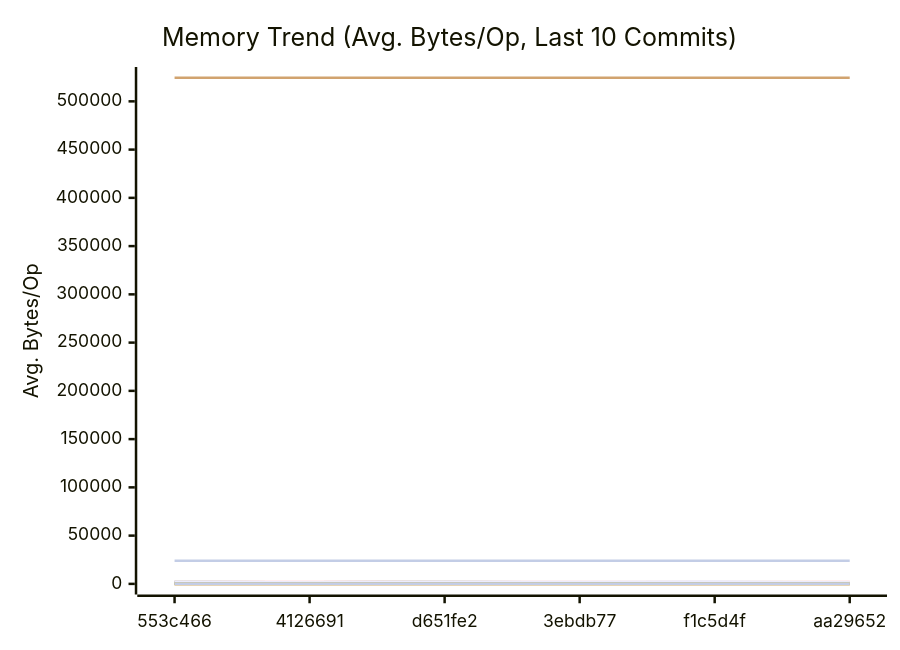
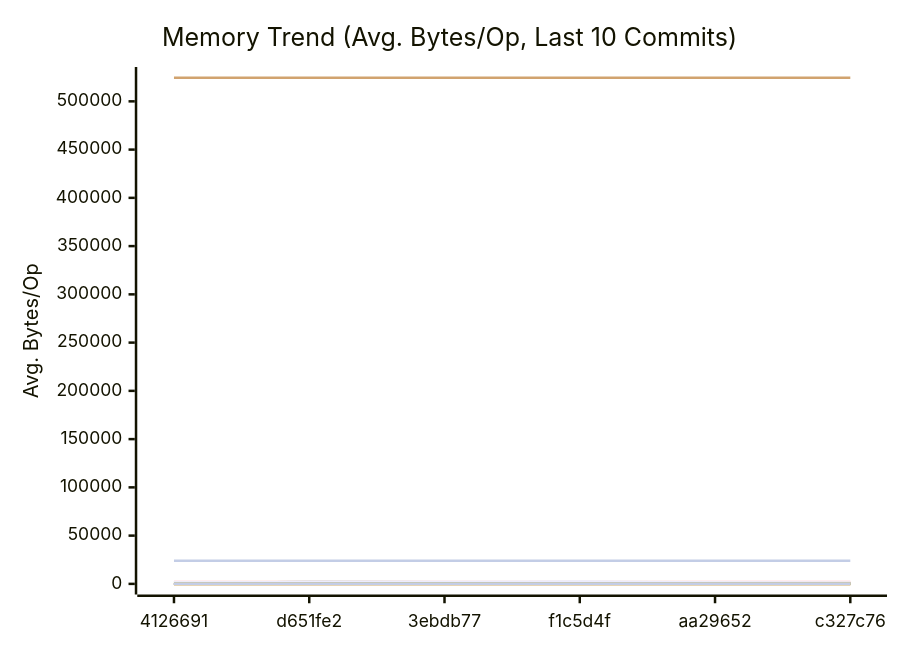
Before and after one commit to alsotoes/momo: the second of 3 diagrams in docs/PERFORMANCE.md, drawn with Mermaid. The commit also changed other lines of this file and 2 other files, not shown here.

````diff
--- a/docs/PERFORMANCE.md
+++ b/docs/PERFORMANCE.md
@@ -310,44 +310,44 @@
 ```mermaid
 xychart-beta
     title "Memory Trend (Avg. Bytes/Op, Last 10 Commits)"
     x-axis "Commit"
     y-axis "Avg. Bytes/Op"
-    x-axis [553c466,4126691,d651fe2,3ebdb77,f1c5d4f,aa29652]
-    line "AWSChunkedReaderSigned" [107,88,100,107,110,64,68,46,98,80]
-    line "AWSChunkedReaderUnsigned" [100,95,109,105,108,49,63,59,75,91]
+    x-axis [4126691,d651fe2,3ebdb77,f1c5d4f,aa29652,c327c76]
+    line "AWSChunkedReaderSigned" [88,100,107,110,64,68,46,98,80,70]
+    line "AWSChunkedReaderUnsigned" [95,109,105,108,49,63,59,75,91,78]
     line "CheckMetricsAndSwap" [0,0,0,0,0,0,0,0,0,0]
     line "CrushOptimized" [0,0,0,0,0,0,0,0,0,0]
     line "CrushOriginal" [164,164,164,164,164,164,164,164,164,164]
-    line "FormatListObjectsV2XML_AppendFormat" [524500,524483,524504,524463,524460,524580,524552,524871,524558,524474]
+    line "FormatListObjectsV2XML_AppendFormat" [524483,524504,524463,524460,524580,524552,524871,524558,524474,524487]
     line "FormatListObjectsV2XML_OldFormat" [24000,24000,24000,24000,24000,24000,24000,24000,24000,24000]
-    line "HashBytes/1MiB" [200,190,206,280,205,138,157,137,195,139]
-    line "HashBytes/256MiB" [223,190,239,186,209,129,172,116,191,150]
-    line "HashBytes/64MiB" [188,246,242,209,232,132,172,107,132,159]
-    line "HashFile/1MiB" [190,214,232,152,244,127,148,121,187,160]
-    line "HashFile/256MiB" [193,152,190,211,261,126,156,118,177,172]
-    line "HashFile/64MiB" [194,193,195,190,258,120,142,102,169,207]
+    line "HashBytes/1MiB" [190,206,280,205,138,157,137,195,139,187]
+    line "HashBytes/256MiB" [190,239,186,209,129,172,116,191,150,250]
+    line "HashBytes/64MiB" [246,242,209,232,132,172,107,132,159,198]
+    line "HashFile/1MiB" [214,232,152,244,127,148,121,187,160,251]
+    line "HashFile/256MiB" [152,190,211,261,126,156,118,177,172,188]
+    line "HashFile/64MiB" [193,195,190,258,120,142,102,169,207,193]
     line "IndexDirectTracking" [0,0,0,0,0,0,0,0,0,0]
     line "IndexSearch" [0,0,0,0,0,0,0,0,0,0]
     line "LastModifiedHeader_AppendFormat" [0,0,0,0,0,0,0,0,0,0]
     line "LastModifiedHeader_Format" [32,32,32,32,32,32,32,32,32,32]
     line "LoadGlobalConfig" [1976,1976,1976,1976,1976,1976,1976,1976,1976,1976]
-    line "LocalWrite/1MiB" [1817,1626,1829,1794,1712,592,751,950,1339,1557]
-    line "LocalWrite/256MiB" [2086,1665,2131,2012,2499,1674,1356,986,1532,1495]
-    line "LocalWrite/64MiB" [2026,1495,1896,2009,2371,1365,1282,1194,1597,1782]
+    line "LocalWrite/1MiB" [1626,1829,1794,1712,592,751,950,1339,1557,1077]
+    line "LocalWrite/256MiB" [1665,2131,2012,2499,1674,1356,986,1532,1495,1600]
+    line "LocalWrite/64MiB" [1495,1896,2009,2371,1365,1282,1194,1597,1782,1648]
     line "PadString" [64,64,64,64,64,64,64,64,64,64]
     line "ParseReplicationOrder_NoPrealloc" [408,408,408,408,408,248,248,248,248,248]
     line "ParseReplicationOrder_Prealloc" [240,240,240,240,240,80,80,80,80,80]
     line "Placement" [352,352,352,352,352,352,352,352,352,352]
     line "PlacementDomainSpread" [352,352,352,352,352,352,352,352,352,352]
-    line "ReadVerify/1MiB" [228,159,210,218,304,186,157,86,185,136]
-    line "ReadVerify/256MiB" [195,228,177,262,214,154,147,118,177,204]
-    line "ReadVerify/64MiB" [195,225,199,226,239,179,155,126,175,148]
-    line "S3PutSpool/1MiB" [157,197,205,252,163,115,110,85,134,125]
-    line "S3PutSpool/256MiB" [152,151,201,247,206,112,111,101,149,123]
-    line "S3PutSpool/64MiB" [176,166,167,219,190,127,103,99,156,168]
+    line "ReadVerify/1MiB" [159,210,218,304,186,157,86,185,136,220]
+    line "ReadVerify/256MiB" [228,177,262,214,154,147,118,177,204,219]
+    line "ReadVerify/64MiB" [225,199,226,239,179,155,126,175,148,315]
+    line "S3PutSpool/1MiB" [197,205,252,163,115,110,85,134,125,122]
+    line "S3PutSpool/256MiB" [151,201,247,206,112,111,101,149,123,148]
+    line "S3PutSpool/64MiB" [166,167,219,190,127,103,99,156,168,183]
     line "SanitizeLog/Safe" [0,0,0,0,0,0,0,0,0,0]
     line "SanitizeLog/Unsafe" [704,704,704,704,704,704,704,704,704,704]
-    line "TrustedRead/1MiB" [171,205,178,279,221,125,140,108,186,217]
-    line "TrustedRead/256MiB" [202,213,230,219,184,123,110,83,160,128]
-    line "TrustedRead/64MiB" [163,199,192,233,169,124,113,70,144,220]
+    line "TrustedRead/1MiB" [205,178,279,221,125,140,108,186,217,246]
+    line "TrustedRead/256MiB" [213,230,219,184,123,110,83,160,128,226]
+    line "TrustedRead/64MiB" [199,192,233,169,124,113,70,144,220,225]
 ```
````
